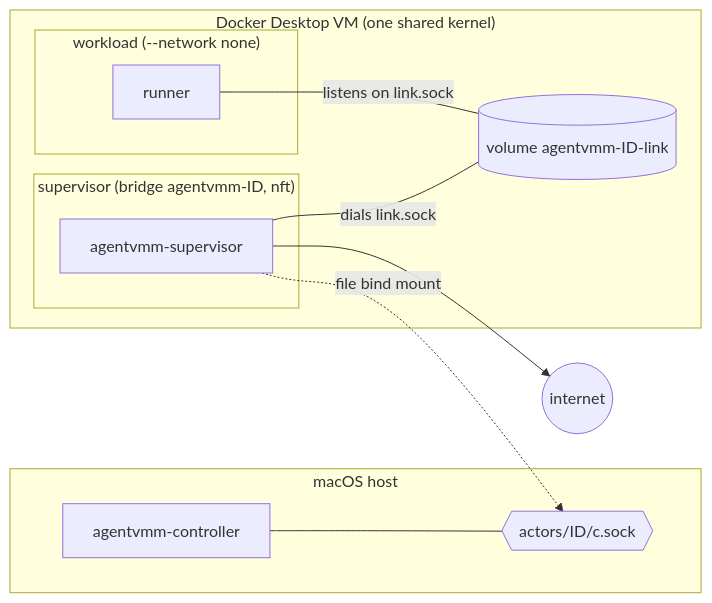
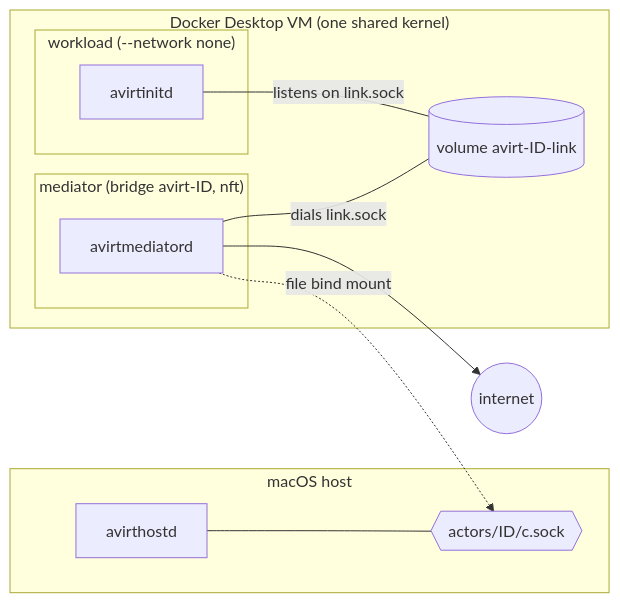
Before and after one commit to tbhb-dev/avirt: the second of 2 diagrams in docs/compute-runtimes.md, drawn with Mermaid. The commit also changed other lines of this file and 94 other files, not shown here.

````diff
--- a/docs/compute-runtimes.md
+++ b/docs/compute-runtimes.md
@@ -140,21 +140,21 @@
 ```mermaid
 flowchart LR
     subgraph mac["macOS host"]
-        ctl["agentvmm-controller"]
+        hostd["avirthostd"]
         csock{{"actors/ID/c.sock"}}
-        ctl --- csock
+        hostd --- csock
     end
     subgraph vm["Docker Desktop VM (one shared kernel)"]
         subgraph wl["workload (--network none)"]
-            runner["runner"]
+            avirtinitd["avirtinitd"]
         end
-        vol[("volume agentvmm-ID-link")]
-        subgraph sup["supervisor (bridge agentvmm-ID, nft)"]
-            s["agentvmm-supervisor"]
+        vol[("volume avirt-ID-link")]
+        subgraph med["mediator (bridge avirt-ID, nft)"]
+            s["avirtmediatord"]
         end
-        runner ---|"listens on link.sock"| vol
+        avirtinitd ---|"listens on link.sock"| vol
         s ---|"dials link.sock"| vol
     end
     s -.->|"file bind mount"| csock
     s --> net(("internet"))
 ```
````
